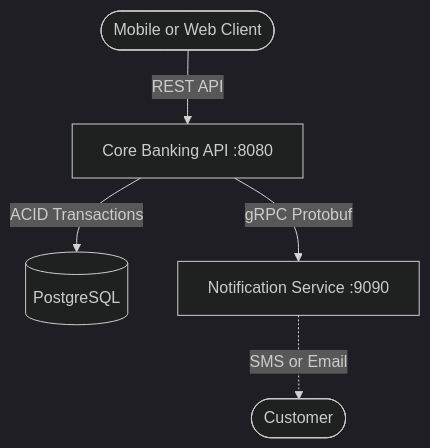
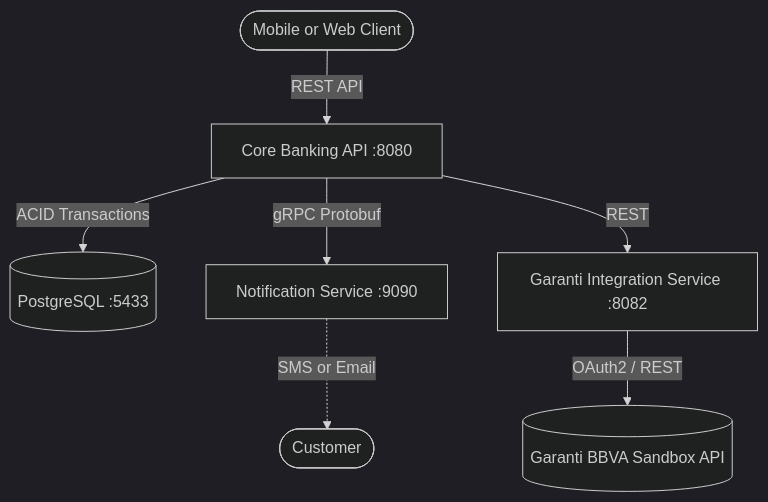
Before and after one commit to bedirhankaraahmetli/mini-banking-api: the diagram in README.md, drawn with Mermaid (dark theme). The commit also changed other lines of this file, not shown here.

Commit message:
docs: update readme with open banking architecture

````diff
--- a/README.md
+++ b/README.md
@@ -13,7 +13,11 @@
 ```mermaid
 graph TD
     Client([Mobile or Web Client]) -->|REST API| CoreAPI[Core Banking API :8080]
-    CoreAPI -->|ACID Transactions| DB[(PostgreSQL)]
+    
+    CoreAPI -->|ACID Transactions| DB[(PostgreSQL :5433)]
     CoreAPI -->|gRPC Protobuf| NotifService[Notification Service :9090]
+    CoreAPI -->|REST| GarantiIntegration[Garanti Integration Service :8082]
+    
     NotifService -.->|SMS or Email| User([Customer])
+    GarantiIntegration -->|OAuth2 / REST| GarantiBank[(Garanti BBVA Sandbox API)]
 ```
````
